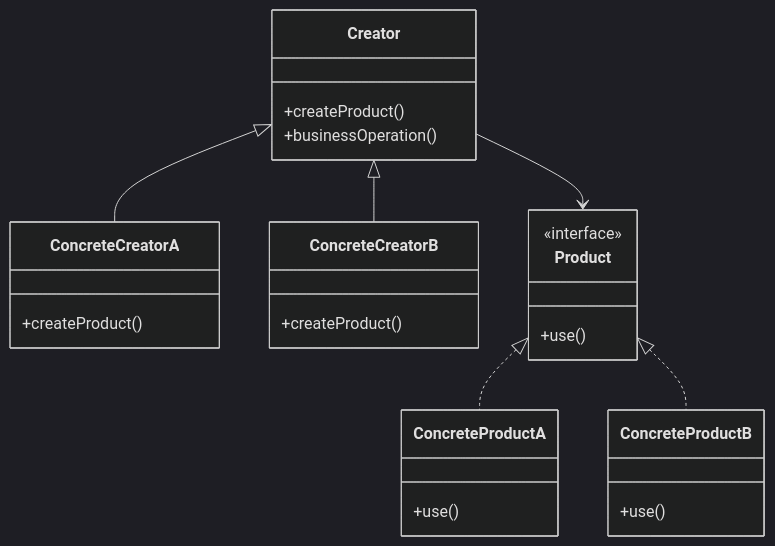
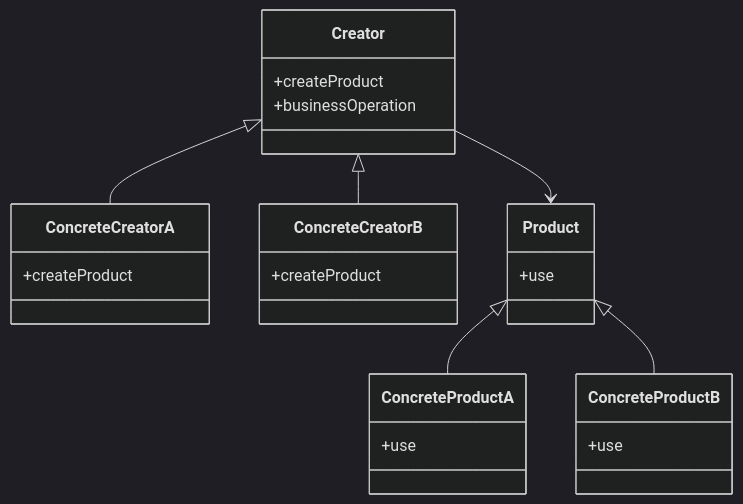
One commit to gojosatoru123-ux/CacheU changed the fourth of 8 diagrams in src/content/lld-factory-design-pattern.md. Above: the diagram before and after it, drawn with Mermaid (dark theme). The commit also changed other lines of this file and 21 other files, not shown here.

````diff
--- a/src/content/lld-factory-design-pattern.md
+++ b/src/content/lld-factory-design-pattern.md
@@ -366,34 +366,33 @@
 ```mermaid
 classDiagram
     class Creator {
-        +createProduct()
-        +businessOperation()
+        +createProduct
+        +businessOperation
     }
 
     class ConcreteCreatorA {
-        +createProduct()
+        +createProduct
     }
 
     class ConcreteCreatorB {
-        +createProduct()
+        +createProduct
     }
 
     class Product {
-        <<interface>>
-        +use()
+        +use
     }
 
     class ConcreteProductA {
-        +use()
+        +use
     }
 
     class ConcreteProductB {
-        +use()
+        +use
     }
 
     Creator <|-- ConcreteCreatorA
     Creator <|-- ConcreteCreatorB
-    Product <|.. ConcreteProductA
-    Product <|.. ConcreteProductB
+    Product <|-- ConcreteProductA
+    Product <|-- ConcreteProductB
     Creator --> Product
 ```
````
